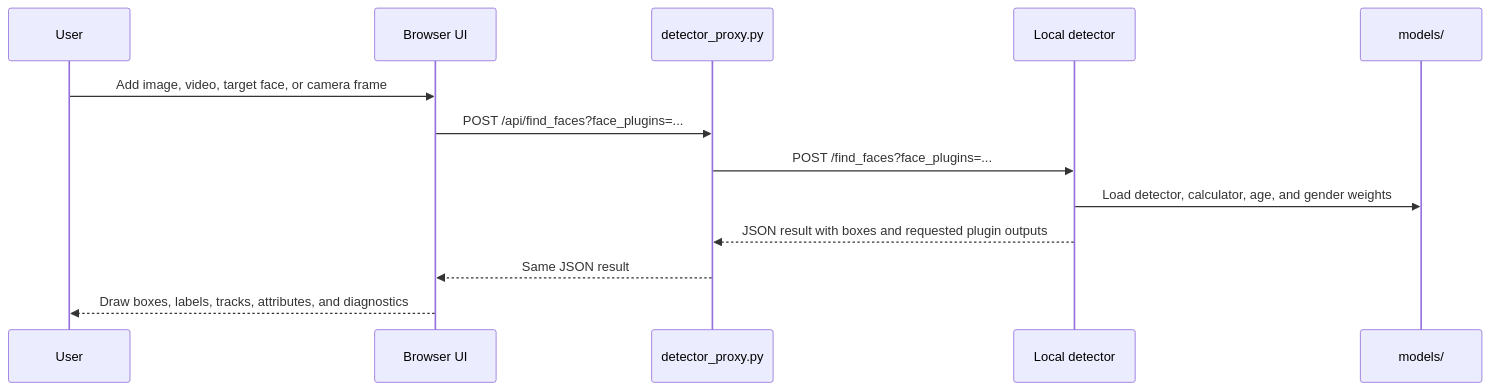
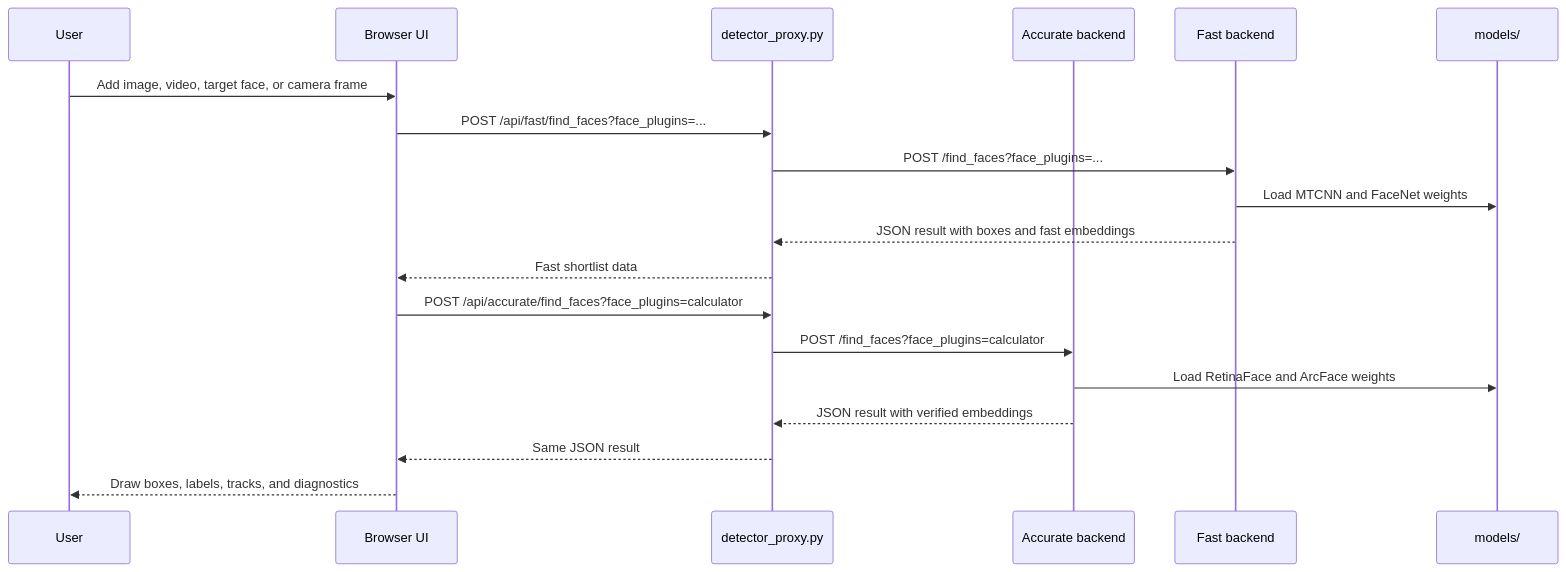
The second of 2 diagrams in README.md (Dijo-404/FDX), drawn with Mermaid before and after one commit. The commit also changed other lines of this file and 9 other files, not shown here.

````diff
--- a/README.md
+++ b/README.md
@@ -124,16 +130,22 @@
 ```mermaid
 sequenceDiagram
   participant User
   participant UI as Browser UI
   participant Proxy as detector_proxy.py
-  participant Core as Local detector
+  participant Accurate as Accurate backend
+  participant Fast as Fast backend
   participant Models as models/
 
   User->>UI: Add image, video, target face, or camera frame
-  UI->>Proxy: POST /api/find_faces?face_plugins=...
-  Proxy->>Core: POST /find_faces?face_plugins=...
-  Core->>Models: Load detector, calculator, age, and gender weights
-  Core-->>Proxy: JSON result with boxes and requested plugin outputs
+  UI->>Proxy: POST /api/fast/find_faces?face_plugins=...
+  Proxy->>Fast: POST /find_faces?face_plugins=...
+  Fast->>Models: Load MTCNN and FaceNet weights
+  Fast-->>Proxy: JSON result with boxes and fast embeddings
+  Proxy-->>UI: Fast shortlist data
+  UI->>Proxy: POST /api/accurate/find_faces?face_plugins=calculator
+  Proxy->>Accurate: POST /find_faces?face_plugins=calculator
+  Accurate->>Models: Load RetinaFace and ArcFace weights
+  Accurate-->>Proxy: JSON result with verified embeddings
   Proxy-->>UI: Same JSON result
-  UI-->>User: Draw boxes, labels, tracks, attributes, and diagnostics
+  UI-->>User: Draw boxes, labels, tracks, and diagnostics
 ```
````
